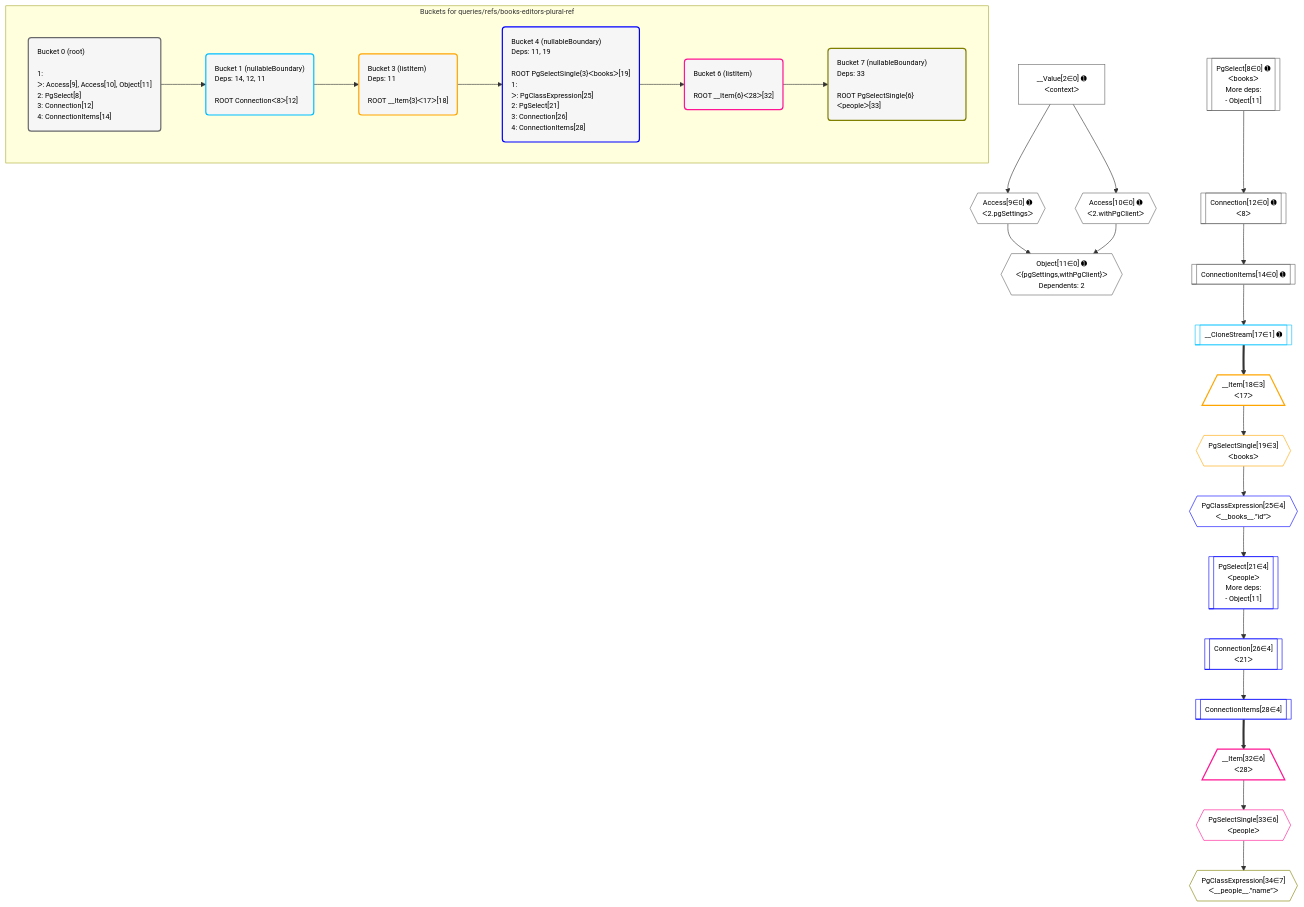
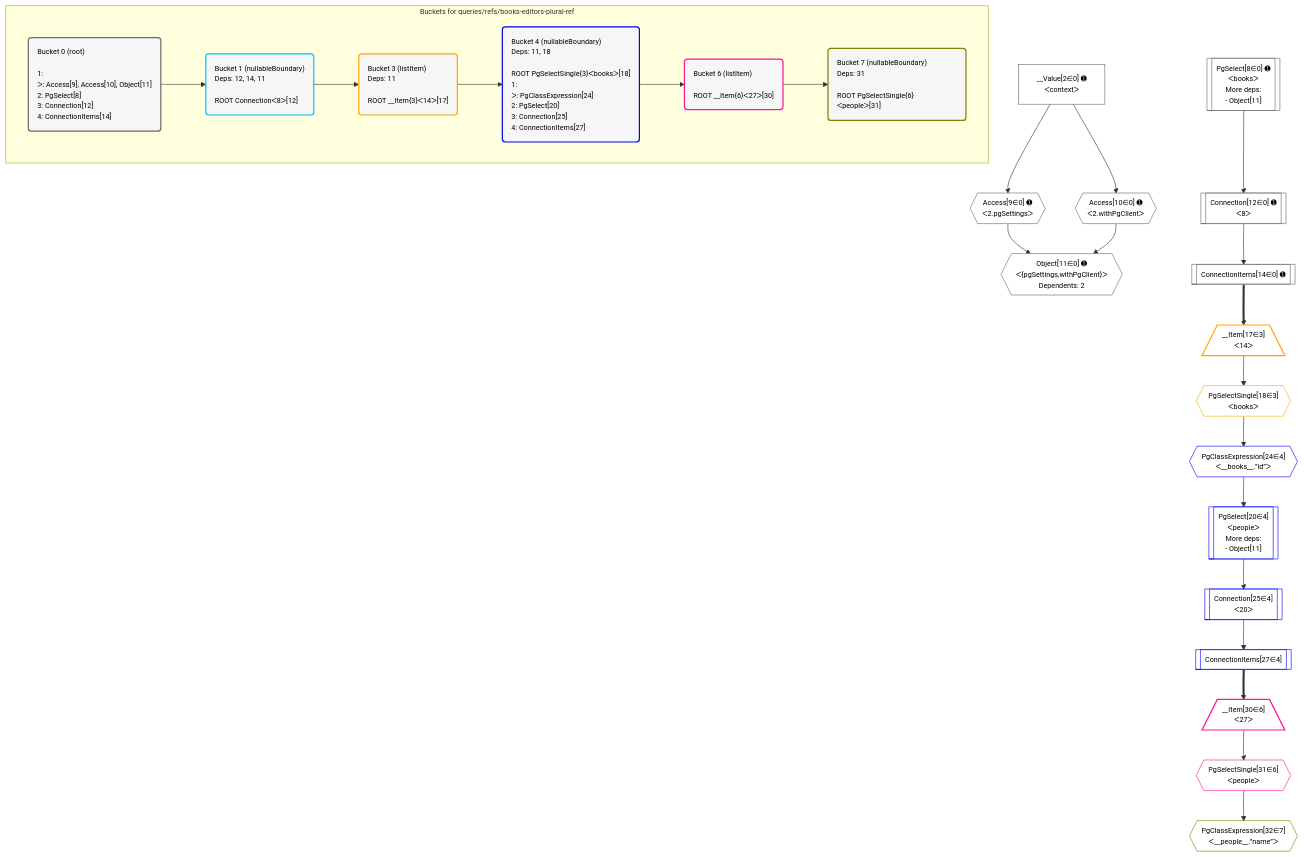
Before and after one commit to benjaie/crystal: the diagram in postgraphile/postgraphile/__tests__/queries/refs/books-editors-plural-ref.mermaid, drawn with Mermaid. The commit also changed 295 other files, not shown here.

```diff
--- a/postgraphile/postgraphile/__tests__/queries/refs/books-editors-plural-ref.mermaid
+++ b/postgraphile/postgraphile/__tests__/queries/refs/books-editors-plural-ref.mermaid
@@ -1,70 +1,68 @@
 %%{init: {'themeVariables': { 'fontSize': '12px'}}}%%
 graph TD
     classDef path fill:#eee,stroke:#000,color:#000
     classDef plan fill:#fff,stroke-width:1px,color:#000
     classDef itemplan fill:#fff,stroke-width:2px,color:#000
     classDef unbatchedplan fill:#dff,stroke-width:1px,color:#000
     classDef sideeffectplan fill:#fcc,stroke-width:2px,color:#000
     classDef bucket fill:#f6f6f6,color:#000,stroke-width:2px,text-align:left
 
     subgraph "Buckets for queries/refs/books-editors-plural-ref"
     Bucket0("Bucket 0 (root)<br /><br />1: <br />ᐳ: Access[9], Access[10], Object[11]<br />2: PgSelect[8]<br />3: Connection[12]<br />4: ConnectionItems[14]"):::bucket
-    Bucket1("Bucket 1 (nullableBoundary)<br />Deps: 14, 12, 11<br /><br />ROOT Connectionᐸ8ᐳ[12]"):::bucket
-    Bucket3("Bucket 3 (listItem)<br />Deps: 11<br /><br />ROOT __Item{3}ᐸ17ᐳ[18]"):::bucket
-    Bucket4("Bucket 4 (nullableBoundary)<br />Deps: 11, 19<br /><br />ROOT PgSelectSingle{3}ᐸbooksᐳ[19]<br />1: <br />ᐳ: PgClassExpression[25]<br />2: PgSelect[21]<br />3: Connection[26]<br />4: ConnectionItems[28]"):::bucket
-    Bucket6("Bucket 6 (listItem)<br /><br />ROOT __Item{6}ᐸ28ᐳ[32]"):::bucket
-    Bucket7("Bucket 7 (nullableBoundary)<br />Deps: 33<br /><br />ROOT PgSelectSingle{6}ᐸpeopleᐳ[33]"):::bucket
+    Bucket1("Bucket 1 (nullableBoundary)<br />Deps: 12, 14, 11<br /><br />ROOT Connectionᐸ8ᐳ[12]"):::bucket
+    Bucket3("Bucket 3 (listItem)<br />Deps: 11<br /><br />ROOT __Item{3}ᐸ14ᐳ[17]"):::bucket
+    Bucket4("Bucket 4 (nullableBoundary)<br />Deps: 11, 18<br /><br />ROOT PgSelectSingle{3}ᐸbooksᐳ[18]<br />1: <br />ᐳ: PgClassExpression[24]<br />2: PgSelect[20]<br />3: Connection[25]<br />4: ConnectionItems[27]"):::bucket
+    Bucket6("Bucket 6 (listItem)<br /><br />ROOT __Item{6}ᐸ27ᐳ[30]"):::bucket
+    Bucket7("Bucket 7 (nullableBoundary)<br />Deps: 31<br /><br />ROOT PgSelectSingle{6}ᐸpeopleᐳ[31]"):::bucket
     end
     Bucket0 --> Bucket1
     Bucket1 --> Bucket3
     Bucket3 --> Bucket4
     Bucket4 --> Bucket6
     Bucket6 --> Bucket7
 
     %% plan dependencies
     Object11{{"Object[11∈0] ➊<br />ᐸ{pgSettings,withPgClient}ᐳ<br />Dependents: 2"}}:::plan
     Access9{{"Access[9∈0] ➊<br />ᐸ2.pgSettingsᐳ"}}:::plan
     Access10{{"Access[10∈0] ➊<br />ᐸ2.withPgClientᐳ"}}:::plan
     Access9 & Access10 --> Object11
     PgSelect8[["PgSelect[8∈0] ➊<br />ᐸbooksᐳ<br />More deps:<br />- Object[11]"]]:::plan
     __Value2["__Value[2∈0] ➊<br />ᐸcontextᐳ"]:::plan
     __Value2 --> Access9
     __Value2 --> Access10
     Connection12[["Connection[12∈0] ➊<br />ᐸ8ᐳ"]]:::plan
     PgSelect8 --> Connection12
     ConnectionItems14[["ConnectionItems[14∈0] ➊"]]:::plan
     Connection12 --> ConnectionItems14
-    __CloneStream17[["__CloneStream[17∈1] ➊"]]:::plan
-    ConnectionItems14 --> __CloneStream17
-    __Item18[/"__Item[18∈3]<br />ᐸ17ᐳ"\]:::itemplan
-    __CloneStream17 ==> __Item18
-    PgSelectSingle19{{"PgSelectSingle[19∈3]<br />ᐸbooksᐳ"}}:::plan
-    __Item18 --> PgSelectSingle19
-    PgSelect21[["PgSelect[21∈4]<br />ᐸpeopleᐳ<br />More deps:<br />- Object[11]"]]:::plan
-    PgClassExpression25{{"PgClassExpression[25∈4]<br />ᐸ__books__.”id”ᐳ"}}:::plan
-    PgClassExpression25 --> PgSelect21
-    PgSelectSingle19 --> PgClassExpression25
-    Connection26[["Connection[26∈4]<br />ᐸ21ᐳ"]]:::plan
-    PgSelect21 --> Connection26
-    ConnectionItems28[["ConnectionItems[28∈4]"]]:::plan
-    Connection26 --> ConnectionItems28
-    __Item32[/"__Item[32∈6]<br />ᐸ28ᐳ"\]:::itemplan
-    ConnectionItems28 ==> __Item32
-    PgSelectSingle33{{"PgSelectSingle[33∈6]<br />ᐸpeopleᐳ"}}:::plan
-    __Item32 --> PgSelectSingle33
-    PgClassExpression34{{"PgClassExpression[34∈7]<br />ᐸ__people__.”name”ᐳ"}}:::plan
-    PgSelectSingle33 --> PgClassExpression34
+    __Item17[/"__Item[17∈3]<br />ᐸ14ᐳ"\]:::itemplan
+    ConnectionItems14 ==> __Item17
+    PgSelectSingle18{{"PgSelectSingle[18∈3]<br />ᐸbooksᐳ"}}:::plan
+    __Item17 --> PgSelectSingle18
+    PgSelect20[["PgSelect[20∈4]<br />ᐸpeopleᐳ<br />More deps:<br />- Object[11]"]]:::plan
+    PgClassExpression24{{"PgClassExpression[24∈4]<br />ᐸ__books__.”id”ᐳ"}}:::plan
+    PgClassExpression24 --> PgSelect20
+    PgSelectSingle18 --> PgClassExpression24
+    Connection25[["Connection[25∈4]<br />ᐸ20ᐳ"]]:::plan
+    PgSelect20 --> Connection25
+    ConnectionItems27[["ConnectionItems[27∈4]"]]:::plan
+    Connection25 --> ConnectionItems27
+    __Item30[/"__Item[30∈6]<br />ᐸ27ᐳ"\]:::itemplan
+    ConnectionItems27 ==> __Item30
+    PgSelectSingle31{{"PgSelectSingle[31∈6]<br />ᐸpeopleᐳ"}}:::plan
+    __Item30 --> PgSelectSingle31
+    PgClassExpression32{{"PgClassExpression[32∈7]<br />ᐸ__people__.”name”ᐳ"}}:::plan
+    PgSelectSingle31 --> PgClassExpression32
 
     %% define steps
     classDef bucket0 stroke:#696969
     class Bucket0,__Value2,PgSelect8,Access9,Access10,Object11,Connection12,ConnectionItems14 bucket0
     classDef bucket1 stroke:#00bfff
-    class Bucket1,__CloneStream17 bucket1
+    class Bucket1 bucket1
     classDef bucket3 stroke:#ffa500
-    class Bucket3,__Item18,PgSelectSingle19 bucket3
+    class Bucket3,__Item17,PgSelectSingle18 bucket3
     classDef bucket4 stroke:#0000ff
-    class Bucket4,PgSelect21,PgClassExpression25,Connection26,ConnectionItems28 bucket4
+    class Bucket4,PgSelect20,PgClassExpression24,Connection25,ConnectionItems27 bucket4
     classDef bucket6 stroke:#ff1493
-    class Bucket6,__Item32,PgSelectSingle33 bucket6
+    class Bucket6,__Item30,PgSelectSingle31 bucket6
     classDef bucket7 stroke:#808000
-    class Bucket7,PgClassExpression34 bucket7
+    class Bucket7,PgClassExpression32 bucket7
```
